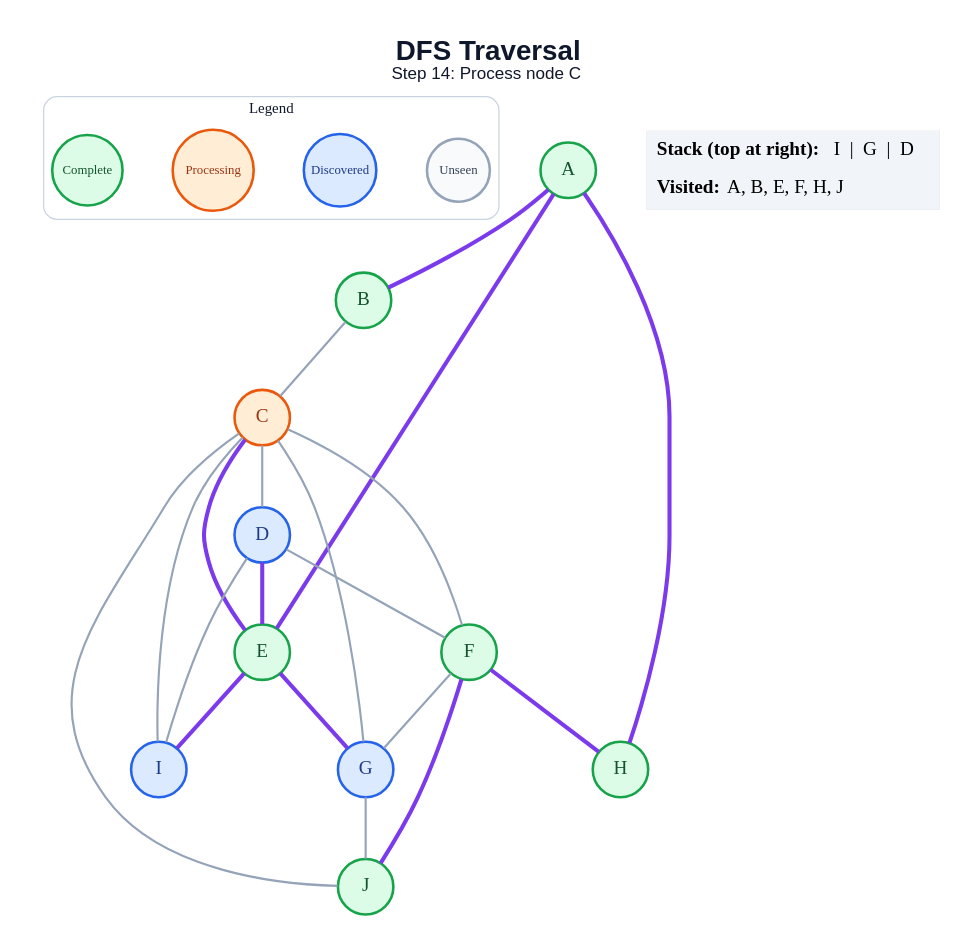
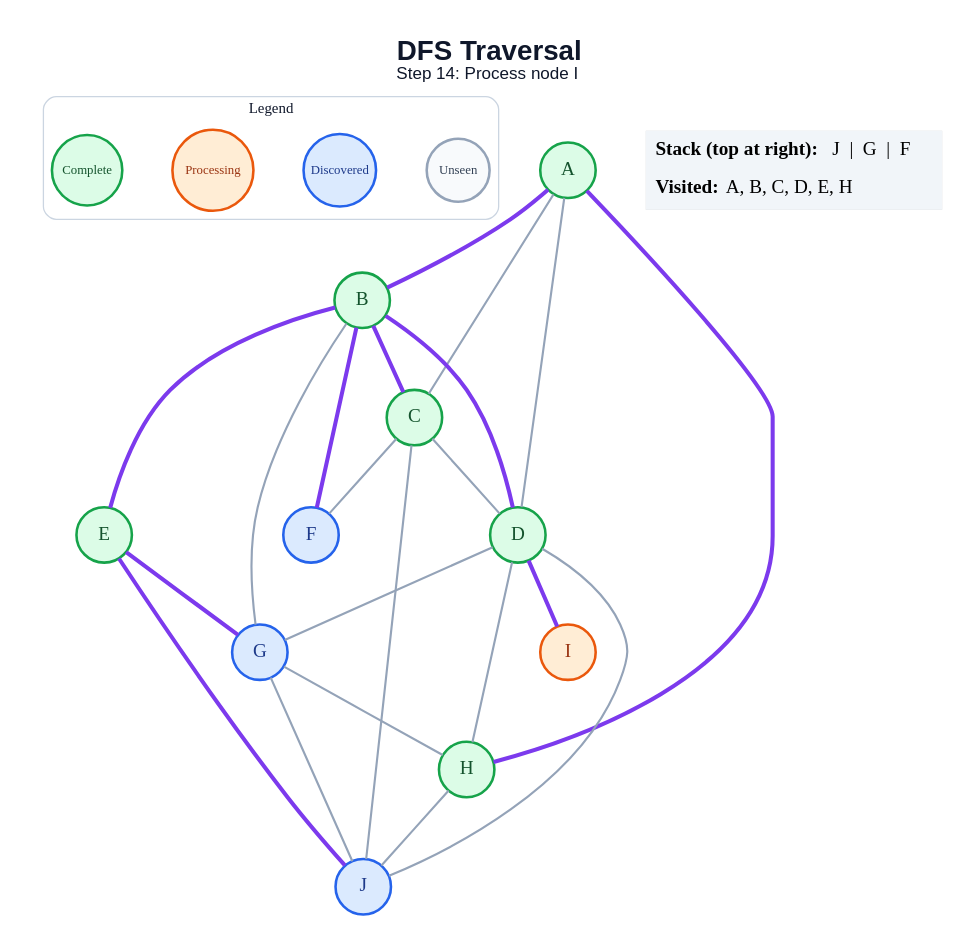
One commit to anon7238593-create/ai-slop changed the diagram in generated/specific-node/dfs/step_14.dot. Above: the diagram before and after it, drawn with Graphviz. The commit also changed 178 other files, not shown here.

```diff
--- a/generated/specific-node/dfs/step_14.dot
+++ b/generated/specific-node/dfs/step_14.dot
@@ -1,48 +1,50 @@
 graph traversal {
   graph [layout=dot, rankdir=TB, bgcolor="#FFFFFF", pad="0.35", nodesep="0.65", ranksep="0.8", fontname="Arial"];
   node [shape=circle, style="filled", fontname="Arial Bold", fontsize=18, width=0.72, fixedsize=true, penwidth=2.4];
   edge [color="#94A3B8", penwidth=2.0];
-  label=<<B>DFS Traversal</B><BR/><FONT POINT-SIZE="16">Step 14: Process node C</FONT>>; labelloc="t"; fontsize=26; fontname="Arial"; fontcolor="#0F172A";
+  label=<<B>DFS Traversal</B><BR/><FONT POINT-SIZE="16">Step 14: Process node I</FONT>>; labelloc="t"; fontsize=26; fontname="Arial"; fontcolor="#0F172A";
   subgraph cluster_legend { label="Legend"; color="#CBD5E1"; penwidth=1.2; style="rounded"; fontsize=14; fontname="Arial Bold";
     key_unseen [label="Unseen", fillcolor="#F8FAFC", color="#94A3B8", fontcolor="#334155", fontsize=12, width=0.82];
     key_frontier [label="Discovered", fillcolor="#DBEAFE", color="#2563EB", fontcolor="#1E3A8A", fontsize=12, width=0.95];
     key_current [label="Processing", fillcolor="#FFEDD5", color="#EA580C", fontcolor="#9A3412", fontsize=12, width=1.05];
     key_done [label="Complete", fillcolor="#DCFCE7", color="#16A34A", fontcolor="#14532D", fontsize=12, width=0.92];
     { rank=same; key_unseen; key_frontier; key_current; key_done; }
   }
   A [fillcolor="#DCFCE7", color="#16A34A", fontcolor="#14532D"];
   B [fillcolor="#DCFCE7", color="#16A34A", fontcolor="#14532D"];
-  C [fillcolor="#FFEDD5", color="#EA580C", fontcolor="#9A3412"];
-  D [fillcolor="#DBEAFE", color="#2563EB", fontcolor="#1E3A8A"];
+  C [fillcolor="#DCFCE7", color="#16A34A", fontcolor="#14532D"];
+  D [fillcolor="#DCFCE7", color="#16A34A", fontcolor="#14532D"];
   E [fillcolor="#DCFCE7", color="#16A34A", fontcolor="#14532D"];
-  F [fillcolor="#DCFCE7", color="#16A34A", fontcolor="#14532D"];
+  F [fillcolor="#DBEAFE", color="#2563EB", fontcolor="#1E3A8A"];
   G [fillcolor="#DBEAFE", color="#2563EB", fontcolor="#1E3A8A"];
   H [fillcolor="#DCFCE7", color="#16A34A", fontcolor="#14532D"];
-  I [fillcolor="#DBEAFE", color="#2563EB", fontcolor="#1E3A8A"];
-  J [fillcolor="#DCFCE7", color="#16A34A", fontcolor="#14532D"];
+  I [fillcolor="#FFEDD5", color="#EA580C", fontcolor="#9A3412"];
+  J [fillcolor="#DBEAFE", color="#2563EB", fontcolor="#1E3A8A"];
   A -- B [color="#7C3AED", penwidth=3.8];
-  A -- E [color="#7C3AED", penwidth=3.8];
+  A -- C;
+  A -- D;
   A -- H [color="#7C3AED", penwidth=3.8];
-  B -- C;
+  B -- C [color="#7C3AED", penwidth=3.8];
+  B -- D [color="#7C3AED", penwidth=3.8];
+  B -- E [color="#7C3AED", penwidth=3.8];
+  B -- F [color="#7C3AED", penwidth=3.8];
+  B -- G;
   C -- D;
-  C -- E [color="#7C3AED", penwidth=3.8];
   C -- F;
-  C -- G;
-  C -- I;
   C -- J;
-  D -- E [color="#7C3AED", penwidth=3.8];
-  D -- F;
-  D -- I;
+  D -- G;
+  D -- H;
+  D -- I [color="#7C3AED", penwidth=3.8];
+  D -- J;
   E -- G [color="#7C3AED", penwidth=3.8];
-  E -- I [color="#7C3AED", penwidth=3.8];
-  F -- G;
-  F -- H [color="#7C3AED", penwidth=3.8];
-  F -- J [color="#7C3AED", penwidth=3.8];
+  E -- J [color="#7C3AED", penwidth=3.8];
+  G -- H;
   G -- J;
+  H -- J;
   status [shape=plain, fixedsize=false, width=0, height=0, margin=0, label=<
     <TABLE BORDER="0" CELLBORDER="0" CELLPADDING="7" BGCOLOR="#F1F5F9">
-      <TR><TD ALIGN="LEFT"><B>Stack (top at right):</B> I  |  G  |  D</TD></TR>
-      <TR><TD ALIGN="LEFT"><B>Visited:</B> A, B, E, F, H, J</TD></TR>
+      <TR><TD ALIGN="LEFT"><B>Stack (top at right):</B> J  |  G  |  F</TD></TR>
+      <TR><TD ALIGN="LEFT"><B>Visited:</B> A, B, C, D, E, H</TD></TR>
     </TABLE>
   >];
 }
```
